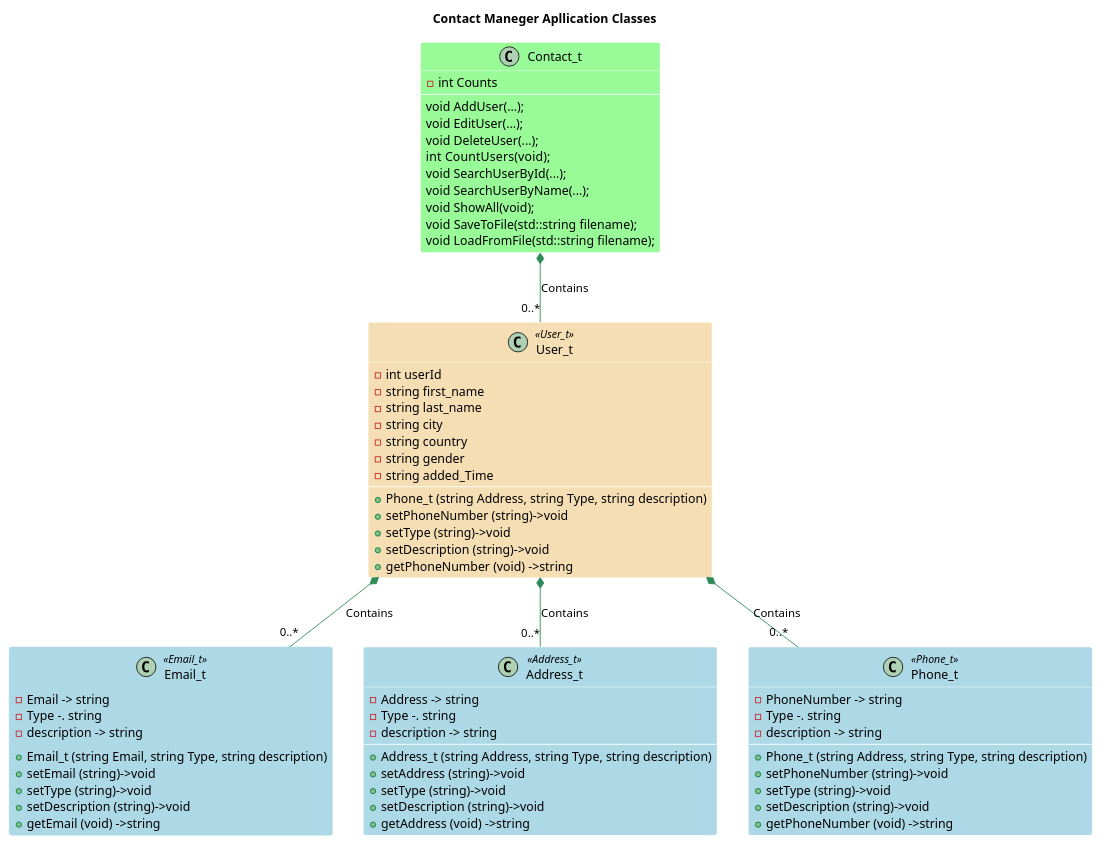
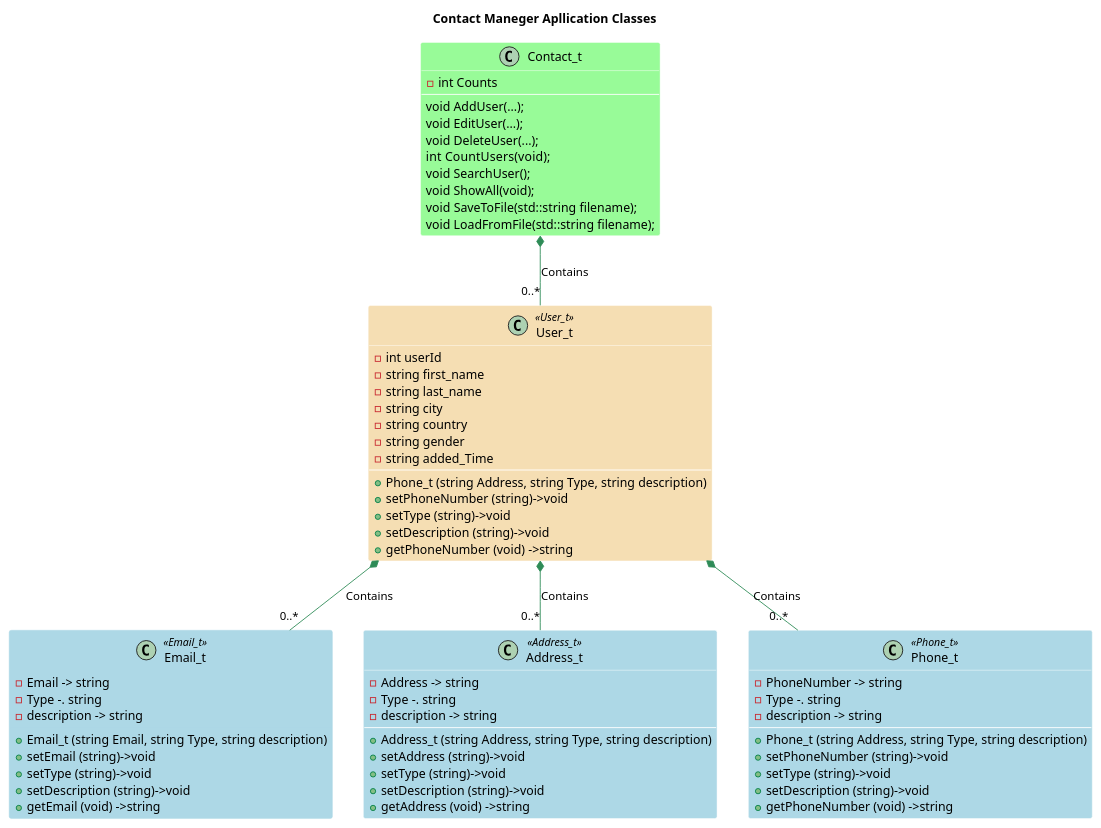
Before and after one commit to Ibrahim-Saber-Mohammed/Contact_Manager_Application: the diagram in design/SystemUml.puml, drawn with PlantUML. The commit also changed 12 other files, not shown here.

```diff
--- a/design/SystemUml.puml
+++ b/design/SystemUml.puml
@@ -1,87 +1,86 @@
 @startuml Email
 
 title Contact Maneger Apllication Classes
 skinparam class {
 BackgroundColor PaleGreen
 ArrowColor SeaGreen
 BorderColor SpringBlue
 BackgroundColor<<Email_t>> lightblue
 BorderColor<<Email_t>> lightblue
 BackgroundColor<<Address_t>> lightblue
 BorderColor<<Address_et>> white
 BackgroundColor<<Phone_t>> lightblue
 BorderColor<<Phone_t>> white
 BackgroundColor<<User_t>> Wheat
 BorderColor<<User_t>> white
 }
 class Email_t <<Email_t>>{
     -Email -> string
     -Type -. string
     -description -> string
     ---
     +Email_t (string Email, string Type, string description)
     +setEmail (string)->void
     +setType (string)->void
     +setDescription (string)->void 
     +getEmail (void) ->string
 }
 
 class Address_t <<Address_t>>{
     -Address -> string
     -Type -. string
     -description -> string
     ---
     +Address_t (string Address, string Type, string description)
     +setAddress (string)->void
     +setType (string)->void
     +setDescription (string)->void 
     +getAddress (void) ->string
 }
 
 class Phone_t <<Phone_t>>{
     -PhoneNumber -> string
     -Type -. string
     -description -> string
     ---
     +Phone_t (string Address, string Type, string description)
     +setPhoneNumber (string)->void
     +setType (string)->void
     +setDescription (string)->void 
     +getPhoneNumber (void) ->string
 }
 
 class User_t <<User_t>>{
     -int userId
     -string first_name
     -string last_name
     -string city
     -string country
     -string gender
     -string added_Time
     ---
     +Phone_t (string Address, string Type, string description)
     +setPhoneNumber (string)->void
     +setType (string)->void
     +setDescription (string)->void 
     +getPhoneNumber (void) ->string
 }
 
 class Contact_t{
     -int Counts
     ---
     void AddUser(...);
     void EditUser(...);
     void DeleteUser(...);
     int  CountUsers(void);
-    void SearchUserById(...);
-    void SearchUserByName(...);
+    void SearchUser();
     void ShowAll(void);
     void SaveToFile(std::string filename);
     void LoadFromFile(std::string filename);
 }
 User_t *-- "0..*" Phone_t : Contains
 User_t *-- "0..*" Email_t : Contains
 User_t *-- "0..*" Address_t : Contains
 Contact_t *-- "0..*" User_t : Contains
 
 @enduml
```
